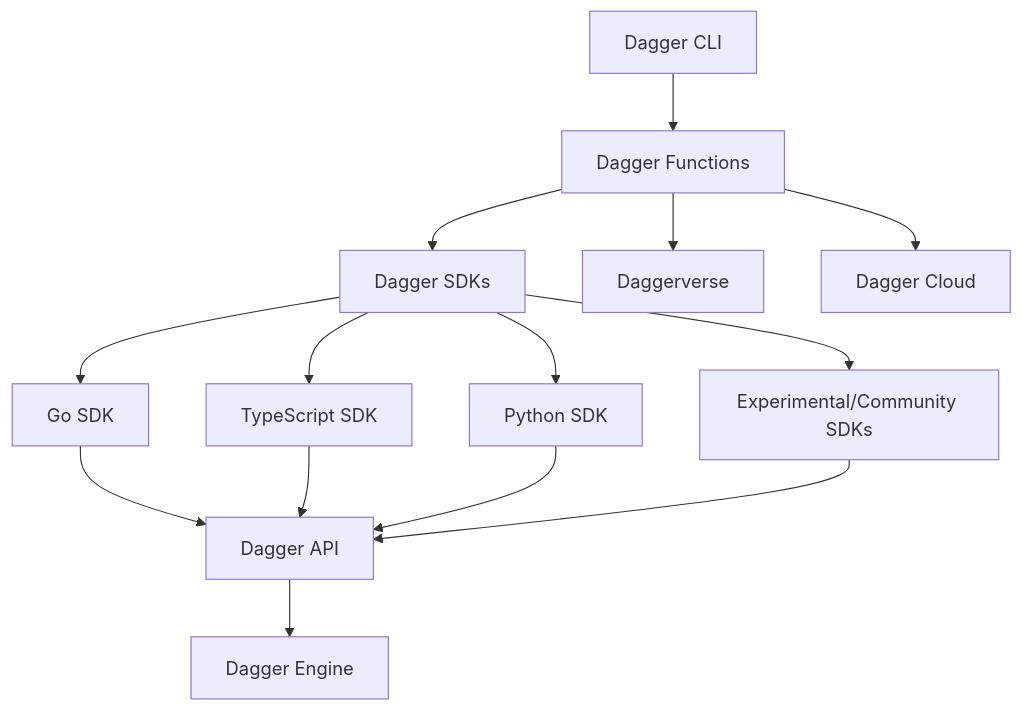
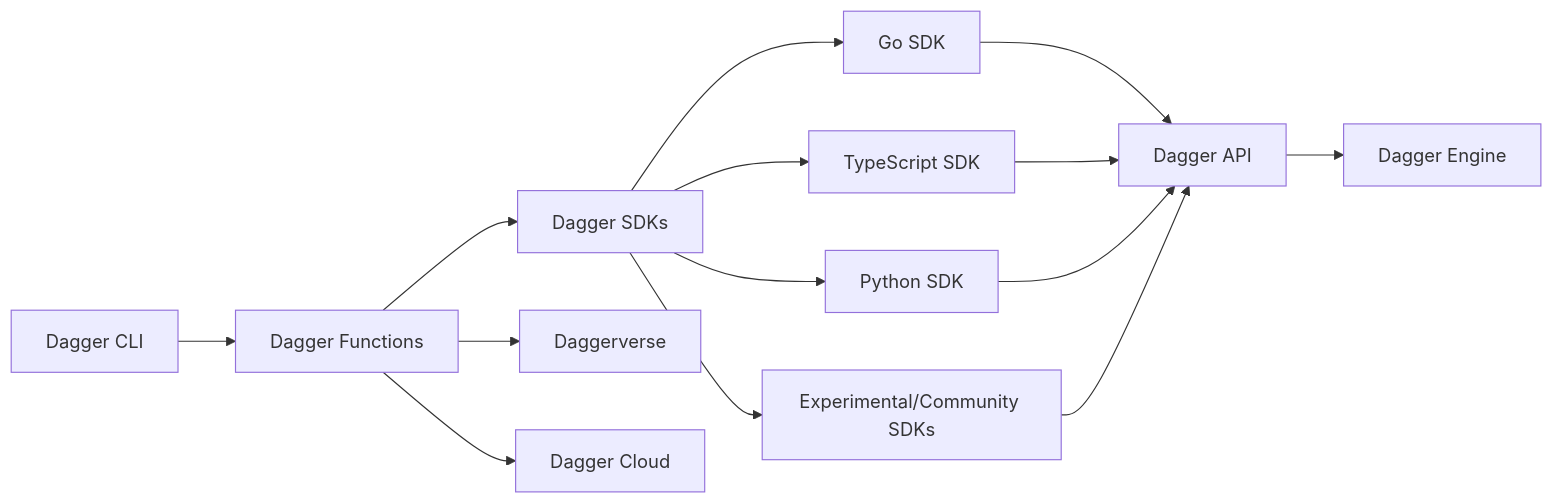
Before and after one commit to dagger/dagger: the diagram in docs/current_docs/manual/index.mdx, drawn with Mermaid. The commit also changed 1 other file, not shown here.

Commit message:
Update diagram

````diff
--- a/docs/current_docs/manual/index.mdx
+++ b/docs/current_docs/manual/index.mdx
@@ -19,18 +19,18 @@
 ```mermaid
-graph TD
+graph LR
     A[Dagger CLI] --> B[Dagger Functions]
     B --> C[Dagger SDKs]
     D --> E[Dagger Engine]
     B --> F[Daggerverse]
     B --> G[Dagger Cloud]
 
     C --> H[Go SDK]
     C --> I[TypeScript SDK]
     C --> J[Python SDK]
     C --> K[Experimental/Community SDKs]
 
     H --> D[Dagger API]
     I --> D
     J --> D
     K --> D
 ```
````
